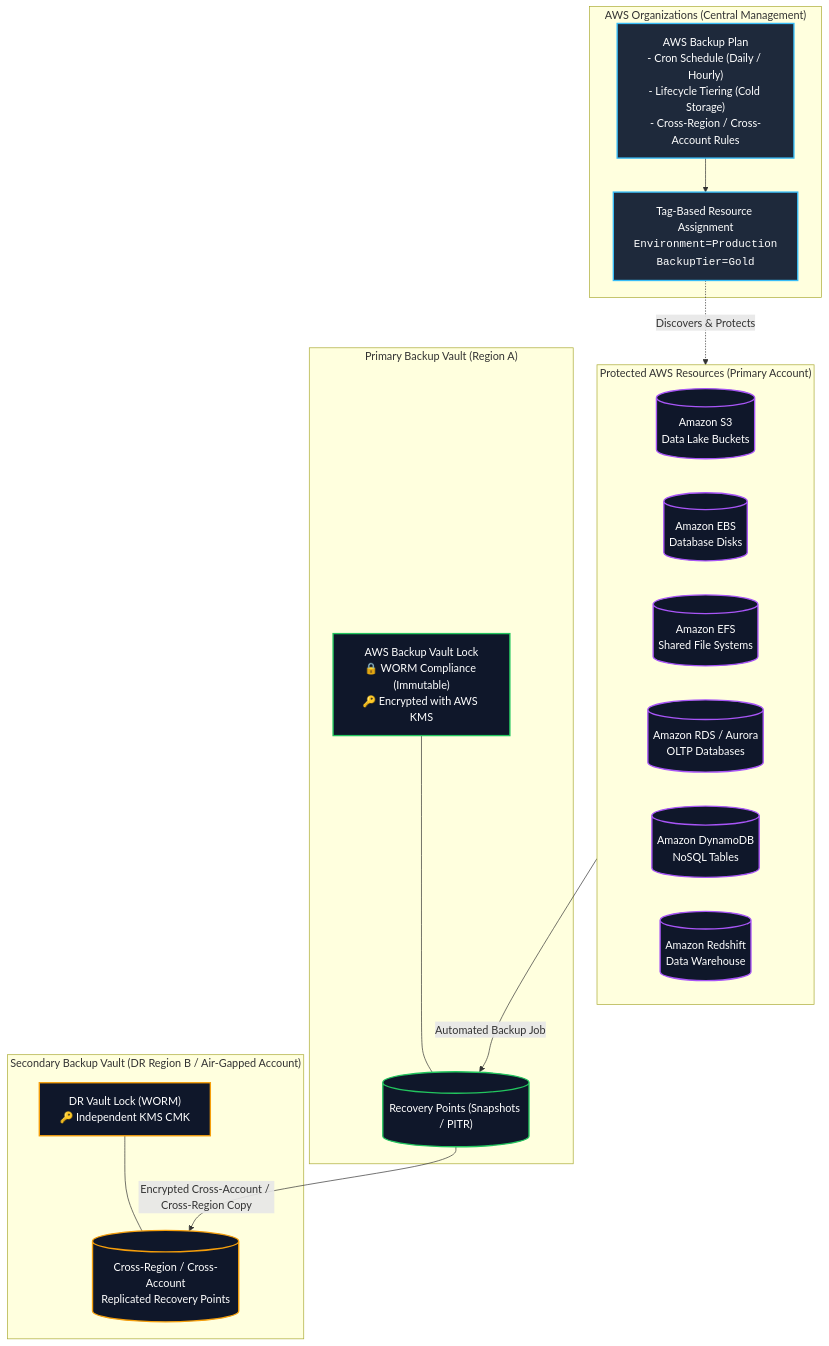
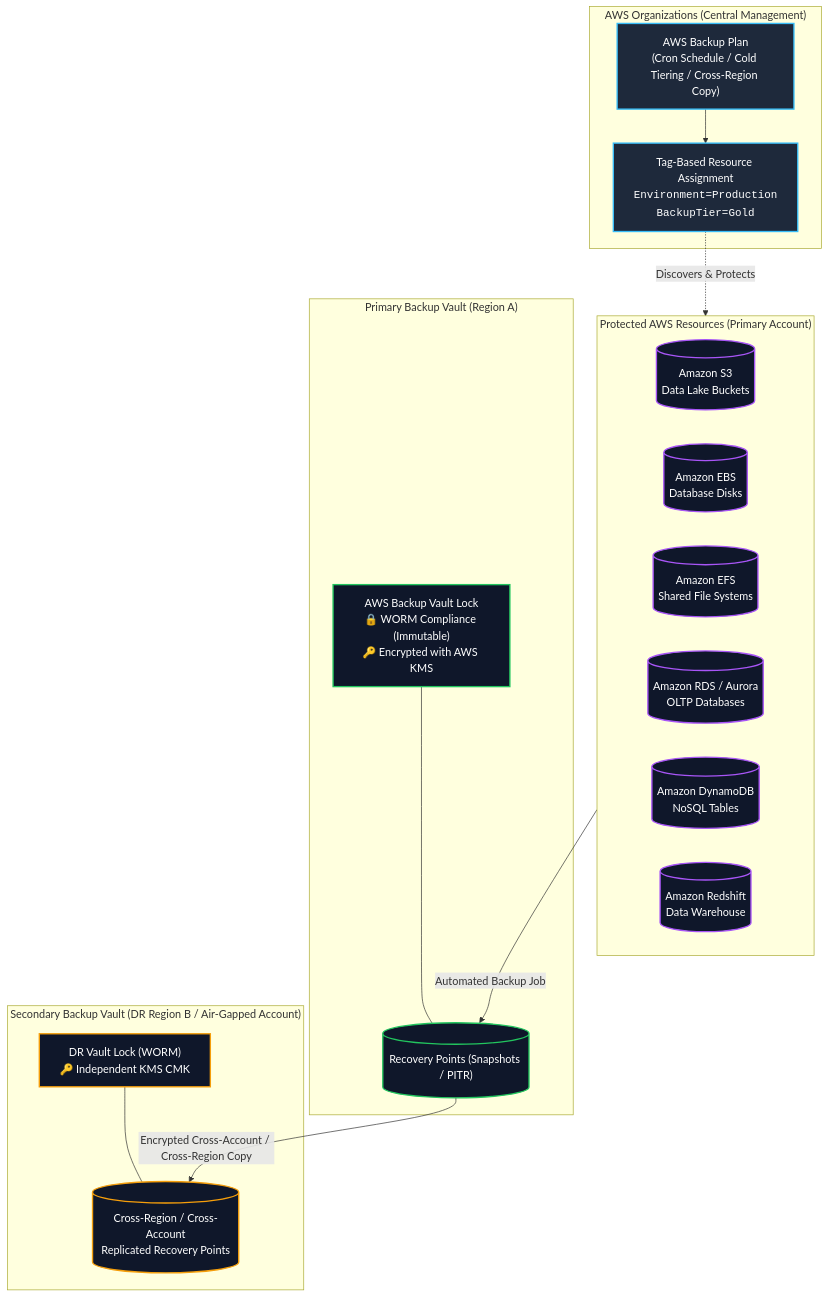
The first of 6 diagrams in content/02-services/security-governance/aws-backup.md (Wathon/aws-dea-c01-note), drawn with Mermaid before and after one commit. The commit also changed other lines of this file and 2 other files, not shown here.

Commit message:
fix(mermaid): resolve Unsupported markdown: list issues across diagrams

````diff
--- a/content/02-services/security-governance/aws-backup.md
+++ b/content/02-services/security-governance/aws-backup.md
@@ -33,44 +33,44 @@
 ```mermaid
 graph TB
     subgraph Organization["AWS Organizations (Central Management)"]
-        BackupPlan["AWS Backup Plan<br/>- Cron Schedule (Daily / Hourly)<br/>- Lifecycle Tiering (Cold Storage)<br/>- Cross-Region / Cross-Account Rules"]
+        BackupPlan["AWS Backup Plan<br/>(Cron Schedule / Cold Tiering / Cross-Region Copy)"]
         TagRule["Tag-Based Resource Assignment<br/><code>Environment=Production</code><br/><code>BackupTier=Gold</code>"]
         BackupPlan --> TagRule
     end
 
     subgraph SourceServices["Protected AWS Resources (Primary Account)"]
         S3Data[("Amazon S3<br/>Data Lake Buckets")]
         EBSVol[("Amazon EBS<br/>Database Disks")]
         EFSShare[("Amazon EFS<br/>Shared File Systems")]
         RDSDB[("Amazon RDS / Aurora<br/>OLTP Databases")]
         DynamoTable[("Amazon DynamoDB<br/>NoSQL Tables")]
         RedshiftClust[("Amazon Redshift<br/>Data Warehouse")]
     end
 
     TagRule -.->|"Discovers & Protects"| SourceServices
 
     subgraph PrimaryVault["Primary Backup Vault (Region A)"]
         VaultLock["AWS Backup Vault Lock<br/>🔒 WORM Compliance (Immutable)<br/>🔑 Encrypted with AWS KMS"]
         RecPoints[("Recovery Points (Snapshots / PITR)")]
         VaultLock --- RecPoints
     end
 
     subgraph DRVault["Secondary Backup Vault (DR Region B / Air-Gapped Account)"]
         DRLock["DR Vault Lock (WORM)<br/>🔑 Independent KMS CMK"]
         DRRecPoints[("Cross-Region / Cross-Account<br/>Replicated Recovery Points")]
         DRLock --- DRRecPoints
     end
 
     SourceServices -->|"Automated Backup Job"| RecPoints
     RecPoints -->|"Encrypted Cross-Account / Cross-Region Copy"| DRRecPoints
 
     classDef plan fill:#1e293b,stroke:#38bdf8,stroke-width:2px,color:#fff;
     classDef source fill:#0f172a,stroke:#a855f7,stroke-width:2px,color:#fff;
     classDef vault fill:#0f172a,stroke:#22c55e,stroke-width:2px,color:#fff;
     classDef dr fill:#0f172a,stroke:#f59e0b,stroke-width:2px,color:#fff;
 
     class BackupPlan,TagRule plan;
     class S3Data,EBSVol,EFSShare,RDSDB,DynamoTable,RedshiftClust source;
     class VaultLock,RecPoints vault;
     class DRLock,DRRecPoints dr;
 ```
````
